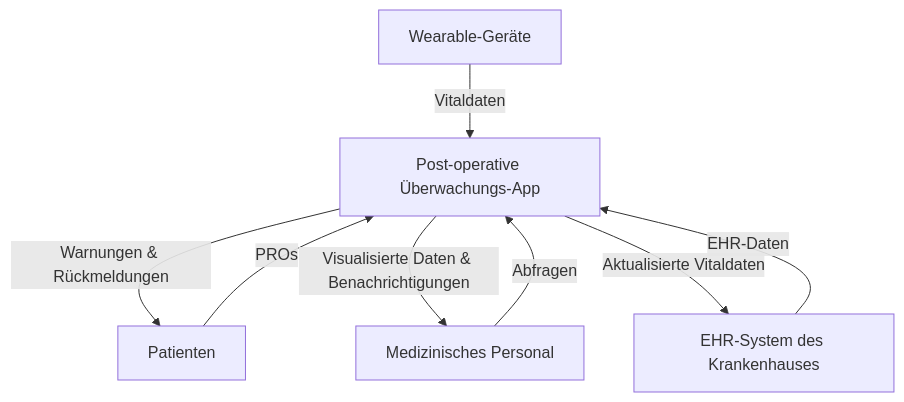
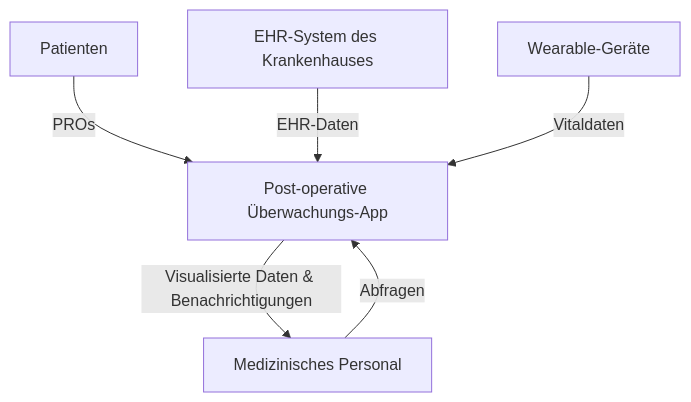
One commit to DustinScharf/SWTPbtu2024 changed the first of 2 diagrams in arc42/arc42-template-DE.md. Above: the diagram before and after it, drawn with Mermaid. The commit also changed other lines of this file, not shown here.

````diff
--- a/arc42/arc42-template-DE.md
+++ b/arc42/arc42-template-DE.md
@@ -84,16 +84,14 @@
 ```mermaid
     flowchart TD
         A[Post-operative Überwachungs-App]
         B[Patienten]
         C[Medizinisches Personal]
         D[EHR-System des Krankenhauses]
         E[Wearable-Geräte]
 
         B -->|PROs| A
-        A -->|Warnungen & Rückmeldungen| B
         C -->|Abfragen| A
         A -->|Visualisierte Daten & Benachrichtigungen| C
         D -->|EHR-Daten| A
-        A -->|Aktualisierte Vitaldaten| D
         E -->|Vitaldaten| A
 ```
````
